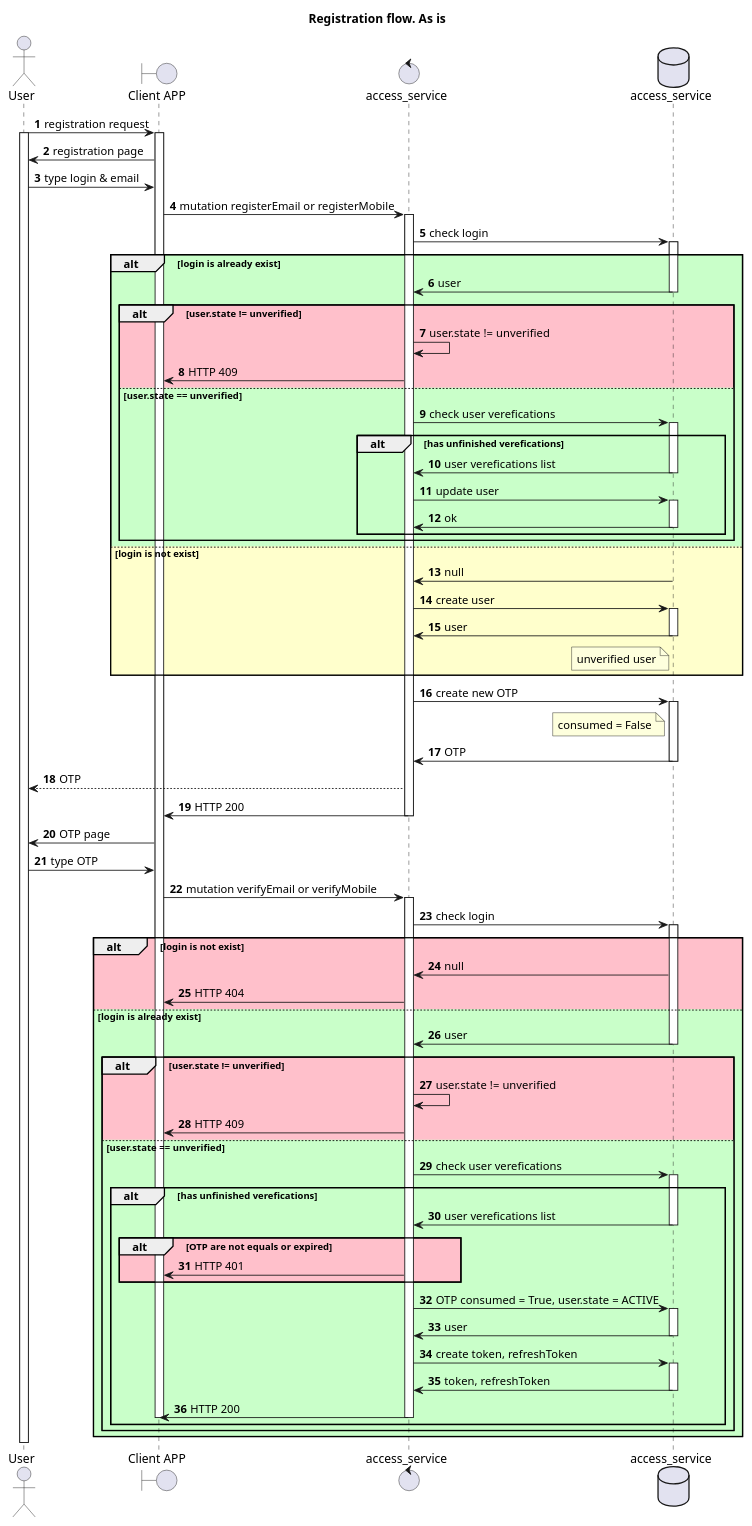
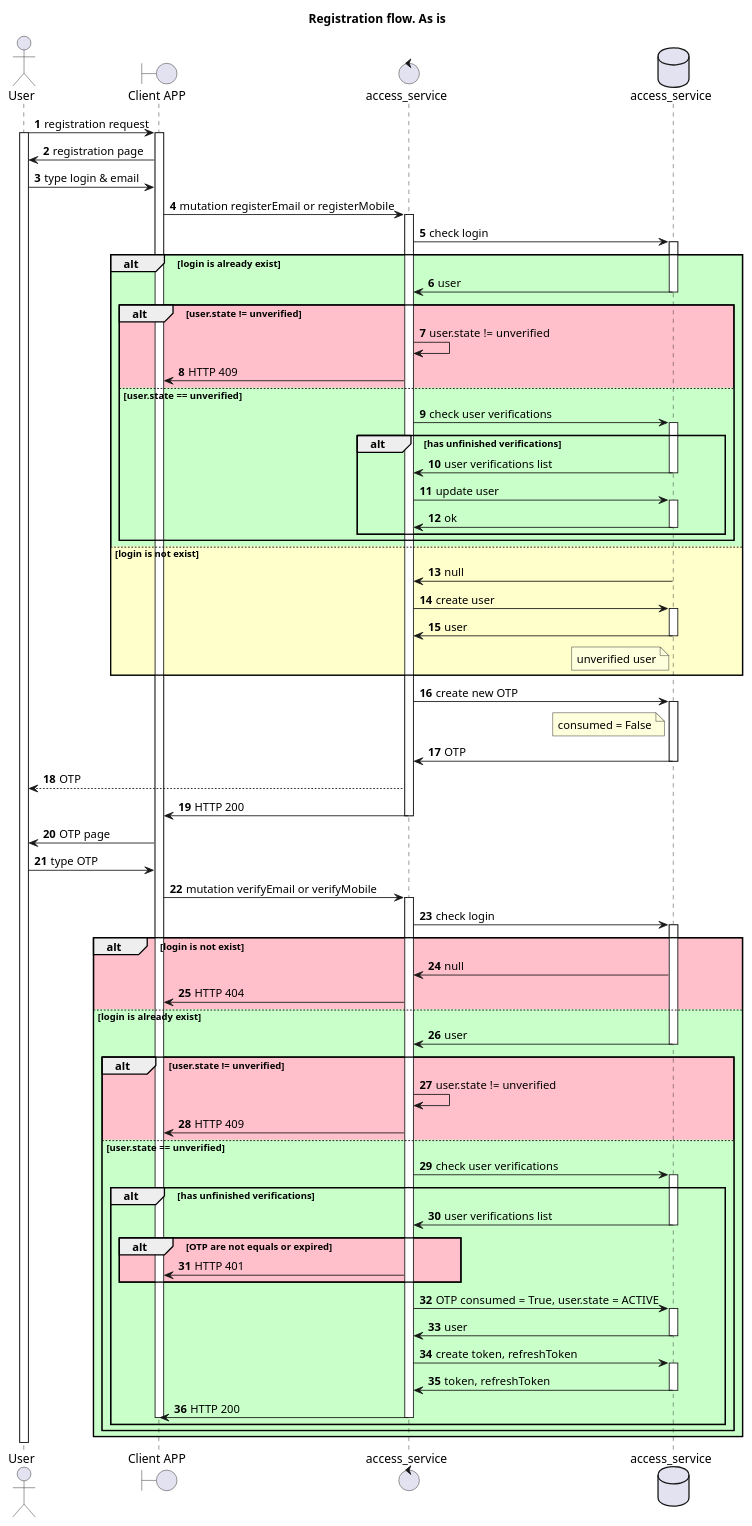
One commit to algruwork/work changed the diagram in schemas/registration_flow_as_is.puml. Above: the diagram before and after it, drawn with PlantUML.

```diff
--- a/schemas/registration_flow_as_is.puml
+++ b/schemas/registration_flow_as_is.puml
@@ -1,107 +1,107 @@
 @startuml
 
 title "Registration flow. As is"
 
 actor User as U
 boundary "Client APP" as GUI
 control "access_service" as AC
 database "access_service" as DB
 
 autonumber
 
 U -> GUI: registration request
 activate U
 activate GUI
 GUI -> U: registration page
 U -> GUI: type login & email
 GUI -> AC: mutation registerEmail or registerMobile
 activate AC
 AC -> DB: check login
 activate DB
 alt #Technology login is already exist
 AC <- DB: user
 deactivate DB
 alt #Pink user.state != unverified
 AC -> AC: user.state != unverified
 AC -> GUI: HTTP 409
 else #Technology user.state == unverified
-AC -> DB: check user verefications
+AC -> DB: check user verifications
 activate DB
-alt #Technology has unfinished verefications
-AC <- DB: user verefications list
+alt #Technology has unfinished verifications
+AC <- DB: user verifications list
 deactivate DB
 AC -> DB: update user
 activate DB
 AC <- DB: ok
 deactivate DB
 end
 end 
 else #Business login is not exist
 DB -> AC: null
 
 
 AC -> DB: create user
 activate DB
 
 AC <- DB: user
 note left DB
 unverified user
 end note
 deactivate DB
 end
 AC -> DB: create new OTP
 activate DB
 note left DB
 consumed = False
 end note
 AC <- DB: OTP
 deactivate DB
 AC --> U: OTP
 AC -> GUI: HTTP 200
 deactivate AC
 
 
 GUI -> U: OTP page
 U -> GUI: type OTP
 GUI -> AC: mutation verifyEmail or verifyMobile
 activate AC
 AC -> DB: check login
 activate DB
 
 alt #Pink login is not exist
 DB -> AC: null
 AC -> GUI: HTTP 404
 else #Technology login is already exist
 AC <- DB: user
 deactivate DB
 
 alt #Pink user.state != unverified
 AC -> AC: user.state != unverified
 AC -> GUI: HTTP 409
 else #Technology user.state == unverified
-AC -> DB: check user verefications
+AC -> DB: check user verifications
 activate DB
-alt #Technology has unfinished verefications
-AC <- DB: user verefications list
+alt #Technology has unfinished verifications
+AC <- DB: user verifications list
 deactivate DB
 alt #Pink OTP are not equals or expired
 AC -> GUI: HTTP 401
 end
 AC -> DB: OTP consumed = True, user.state = ACTIVE
 activate DB
 DB -> AC: user
 deactivate DB
 
 
 AC -> DB: create token, refreshToken
 activate DB
 DB -> AC: token, refreshToken
 deactivate DB
 AC -> GUI: HTTP 200
 deactivate AC
 deactivate GUI
 end
 end 
 end
 deactivate U
 @enduml
```
